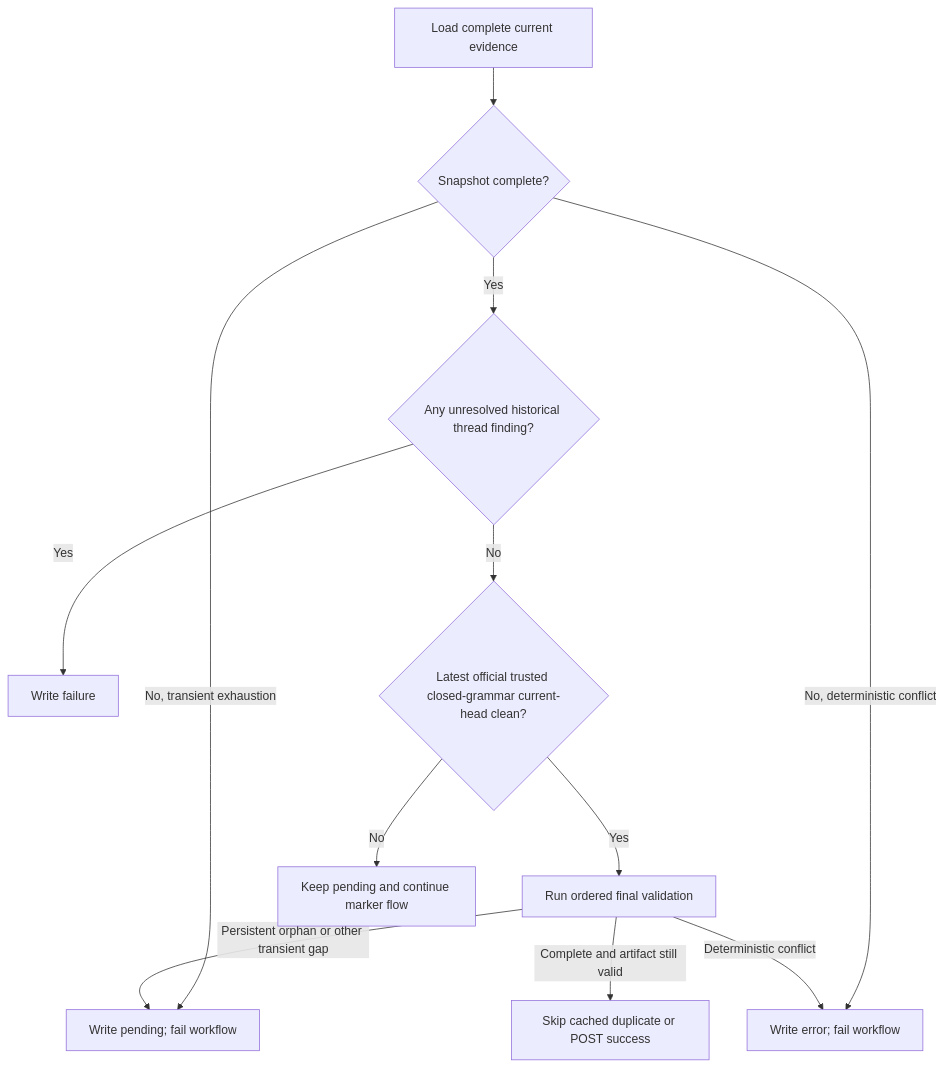
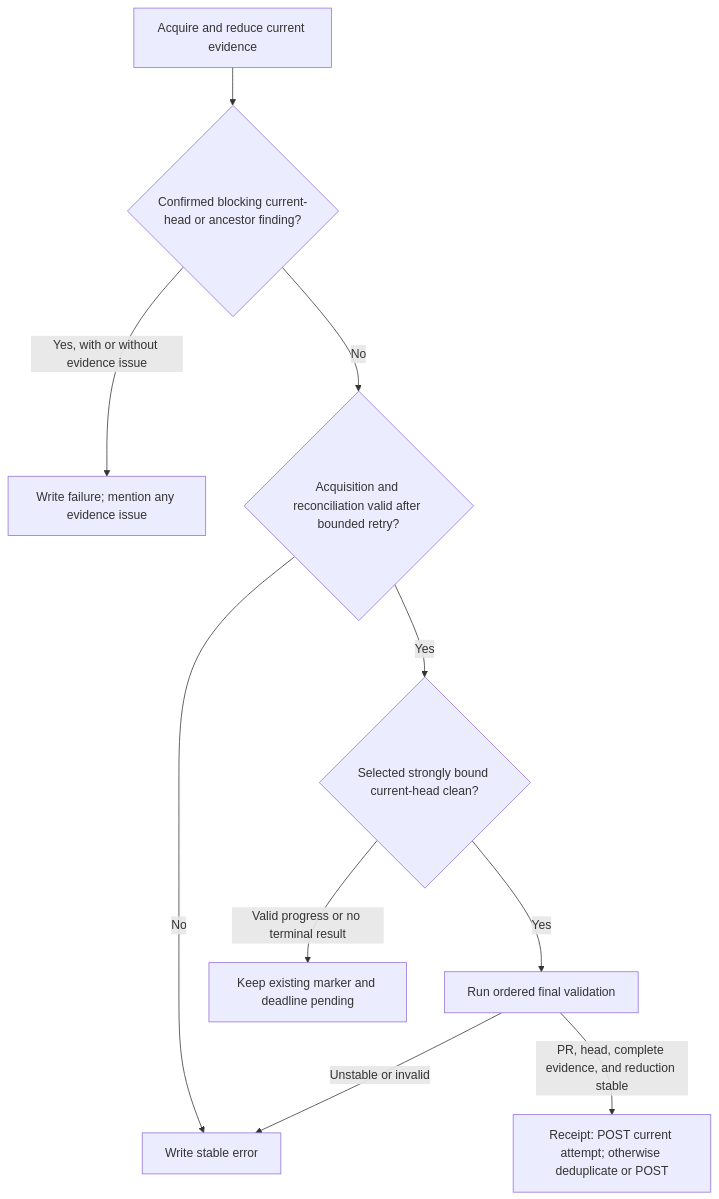
One commit to Joey-Tools/codex-review-gate changed the second of 3 diagrams in packages/action/DESIGN.zh-CN.md. Above: the diagram before and after it, drawn with Mermaid. The commit also changed other lines of this file and 26 other files, not shown here.

````diff
--- a/packages/action/DESIGN.zh-CN.md
+++ b/packages/action/DESIGN.zh-CN.md
@@ -315,14 +469,12 @@
 ```mermaid
 flowchart TD
-  load["Load complete current evidence"] --> complete{"Snapshot complete?"}
-  complete -->|No, transient exhaustion| pendingError["Write pending; fail workflow"]
-  complete -->|No, deterministic conflict| hardError["Write error; fail workflow"]
-  complete -->|Yes| threads{"Any unresolved historical thread finding?"}
-  threads -->|Yes| failed["Write failure"]
-  threads -->|No| clean{"Latest official trusted closed-grammar current-head clean?"}
+  load["Acquire and reduce current evidence"] --> findings{"Confirmed blocking current-head or ancestor finding?"}
+  findings -->|Yes, with or without evidence issue| failed["Write failure; mention any evidence issue"]
+  findings -->|No| evidence{"Acquisition and reconciliation valid after bounded retry?"}
+  evidence -->|No| hardError["Write stable error"]
+  evidence -->|Yes| clean{"Selected strongly bound current-head clean?"}
   clean -->|Yes| final["Run ordered final validation"]
-  final -->|Complete and artifact still valid| passed["Skip cached duplicate or POST success"]
-  final -->|Persistent orphan or other transient gap| pendingError
-  final -->|Deterministic conflict| hardError
-  clean -->|No| pending["Keep pending and continue marker flow"]
+  final -->|PR, head, complete evidence, and reduction stable| passed["Receipt: POST current attempt; otherwise deduplicate or POST"]
+  final -->|Unstable or invalid| hardError
+  clean -->|Valid progress or no terminal result| pending["Keep existing marker and deadline pending"]
 ```
````
